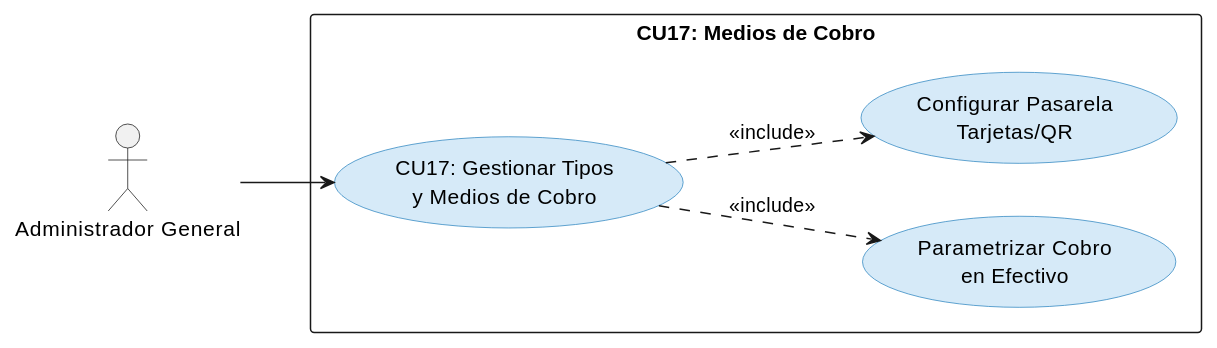
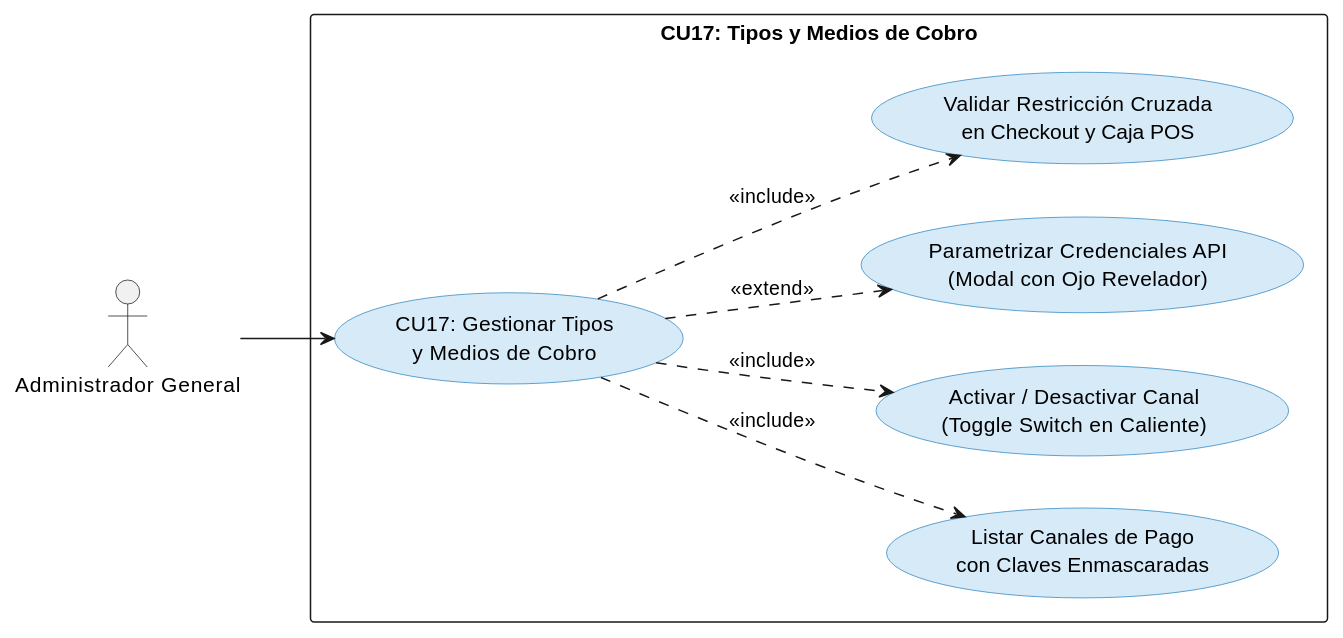
The seventh of 9 diagrams in DOCUMENTACION2/ciclo2.md (INGvainilla/1erParcial), drawn with PlantUML before and after one commit. The commit also changed other lines of this file and 60 other files, not shown here.

````diff
--- a/DOCUMENTACION2/ciclo2.md
+++ b/DOCUMENTACION2/ciclo2.md
@@ -304,21 +384,25 @@
 ```plantuml
 @startuml CU17_Medios_Cobro
 left to right direction
 skinparam usecase {
   BackgroundColor #D6EAF8
   BorderColor #2E86C1
 }
 
 actor "Administrador General" as Admin
 
-rectangle "CU17: Medios de Cobro" {
+rectangle "CU17: Tipos y Medios de Cobro" {
   usecase "CU17: Gestionar Tipos\ny Medios de Cobro" as CU17
-  usecase "Parametrizar Cobro\nen Efectivo" as UC_Efectivo
-  usecase "Configurar Pasarela\nTarjetas/QR" as UC_Digital
+  usecase "Listar Canales de Pago\ncon Claves Enmascaradas" as UC_Listar
+  usecase "Activar / Desactivar Canal\n(Toggle Switch en Caliente)" as UC_Toggle
+  usecase "Parametrizar Credenciales API\n(Modal con Ojo Revelador)" as UC_Param
+  usecase "Validar Restricción Cruzada\nen Checkout y Caja POS" as UC_Restriccion
 }
 
 Admin --> CU17
-CU17 ..> UC_Efectivo : <<include>>
-CU17 ..> UC_Digital : <<include>>
+CU17 ..> UC_Listar : <<include>>
+CU17 ..> UC_Toggle : <<include>>
+CU17 ..> UC_Param : <<extend>>
+CU17 ..> UC_Restriccion : <<include>>
 @enduml
 ```
````
